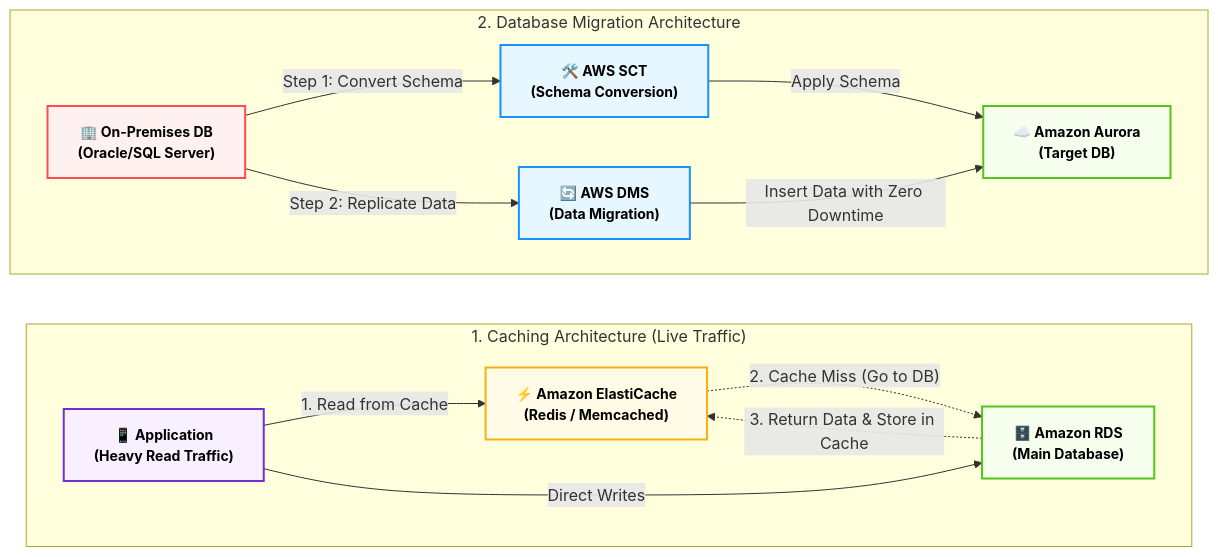
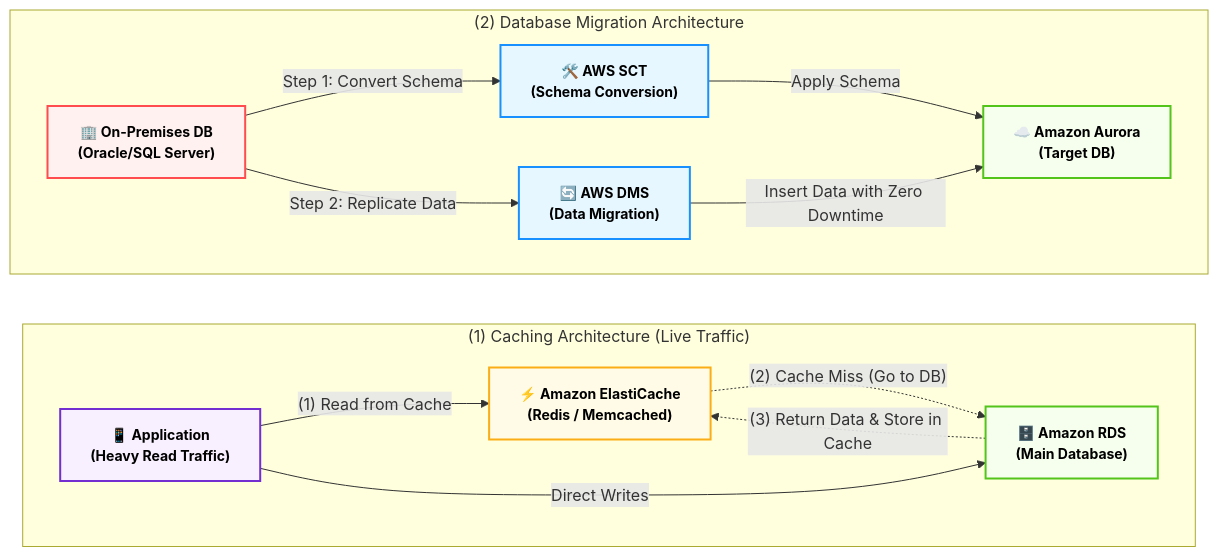
Diagram 16 of 45 in Domain 3.md (muhammad-khaled-tech/My-Study-Notes), drawn with Mermaid before and after one commit. The commit also changed other lines of this file and 4 other files, not shown here.

````diff
--- a/Domain 3.md
+++ b/Domain 3.md
@@ -1721,47 +1721,48 @@
 ```mermaid
 flowchart LR
-    %% Global Styling
-    classDef default font-weight:bold,font-size:14px,stroke-width:2px;
-    classDef app fill:#f9f0ff,stroke:#722ed1,color:#000;
-    classDef cache fill:#fffbe6,stroke:#faad14,color:#000;
-    classDef db fill:#f6ffed,stroke:#52c41a,color:#000;
-    classDef onprem fill:#fff1f0,stroke:#ff4d4f,color:#000;
-    classDef tool fill:#e6f7ff,stroke:#1890ff,color:#000;
 
-    subgraph Live_Traffic ["1. Caching Architecture (Live Traffic)"]
-        direction LR
-        App["📱 Application<br/>(Heavy Read Traffic)"]
-        Cache["⚡ Amazon ElastiCache<br/>(Redis / Memcached)"]
-        RDS["🗄️ Amazon RDS<br/>(Main Database)"]
-    end
+%% Global Styling
+classDef default font-weight:bold,font-size:14px,stroke-width:2px;
+classDef app fill:#f9f0ff,stroke:#722ed1,color:#000;
+classDef cache fill:#fffbe6,stroke:#faad14,color:#000;
+classDef db fill:#f6ffed,stroke:#52c41a,color:#000;
+classDef onprem fill:#fff1f0,stroke:#ff4d4f,color:#000;
+classDef tool fill:#e6f7ff,stroke:#1890ff,color:#000;
 
-    subgraph Migration ["2. Database Migration Architecture"]
-        direction LR
-        OnPremDB["🏢 On-Premises DB<br/>(Oracle/SQL Server)"]
-        SCT["🛠️ AWS SCT<br/>(Schema Conversion)"]
-        DMS["🔄 AWS DMS<br/>(Data Migration)"]
-        Aurora["☁️ Amazon Aurora<br/>(Target DB)"]
-    end
+subgraph Live_Traffic ["(1) Caching Architecture (Live Traffic)"]
+    direction LR
+    App["📱 Application<br>(Heavy Read Traffic)"]
+    Cache["⚡ Amazon ElastiCache<br>(Redis / Memcached)"]
+    RDS["🗄️ Amazon RDS<br>(Main Database)"]
+end
 
-    %% Connections defined outside subgraphs for safety and layout clarity
+subgraph Migration ["(2) Database Migration Architecture"]
+    direction LR
+    OnPremDB["🏢 On-Premises DB<br>(Oracle/SQL Server)"]
+    SCT["🛠️ AWS SCT<br>(Schema Conversion)"]
+    DMS["🔄 AWS DMS<br>(Data Migration)"]
+    Aurora["☁️ Amazon Aurora<br>(Target DB)"]
+end
 
-    %% Caching Connections
-    App -->|"1. Read from Cache"| Cache
-    Cache -.->|"2. Cache Miss (Go to DB)"| RDS
-    RDS -.->|"3. Return Data & Store in Cache"| Cache
-    App -->|"Direct Writes"| RDS
+%% Connections defined outside subgraphs for safety and layout clarity
 
-    %% Migration Connections
-    OnPremDB -->|"Step 1: Convert Schema"| SCT
-    SCT -->|"Apply Schema"| Aurora
-    OnPremDB -->|"Step 2: Replicate Data"| DMS
-    DMS -->|"Insert Data with Zero Downtime"| Aurora
+%% Caching Connections
+App -->|"(1) Read from Cache"| Cache
+Cache -.->|"(2) Cache Miss (Go to DB)"| RDS
+RDS -.->|"(3) Return Data & Store in Cache"| Cache
+App -->|"Direct Writes"| RDS
 
-    %% Apply Classes
-    class App app;
-    class Cache cache;
-    class RDS db;
-    class OnPremDB onprem;
-    class SCT,DMS tool;
-    class Aurora db;
+%% Migration Connections
+OnPremDB -->|"Step 1: Convert Schema"| SCT
+SCT -->|"Apply Schema"| Aurora
+OnPremDB -->|"Step 2: Replicate Data"| DMS
+DMS -->|"Insert Data with Zero Downtime"| Aurora
+
+%% Apply Classes
+class App app;
+class Cache cache;
+class RDS db;
+class OnPremDB onprem;
+class SCT,DMS tool;
+class Aurora db;
 ```
````
